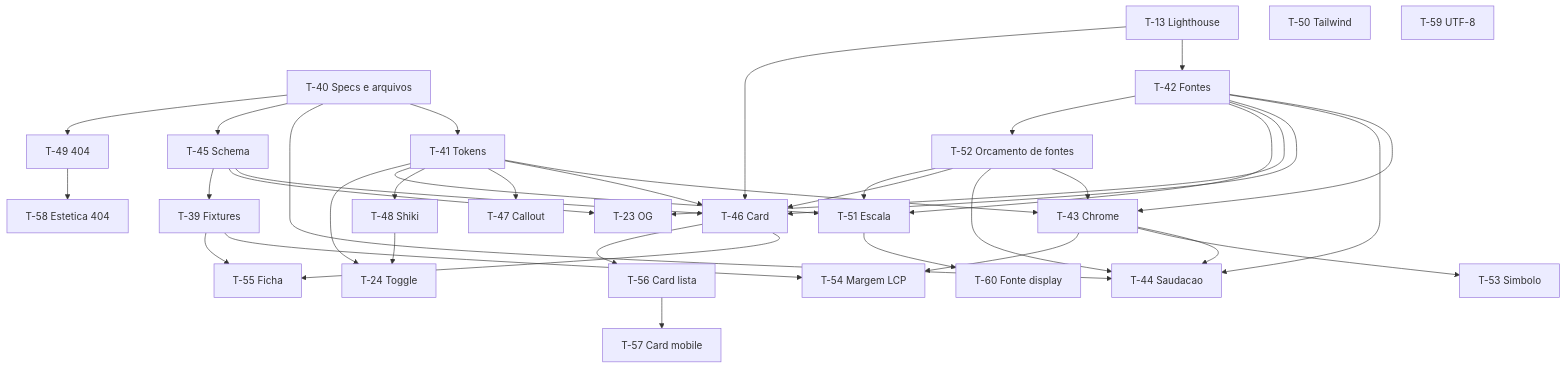
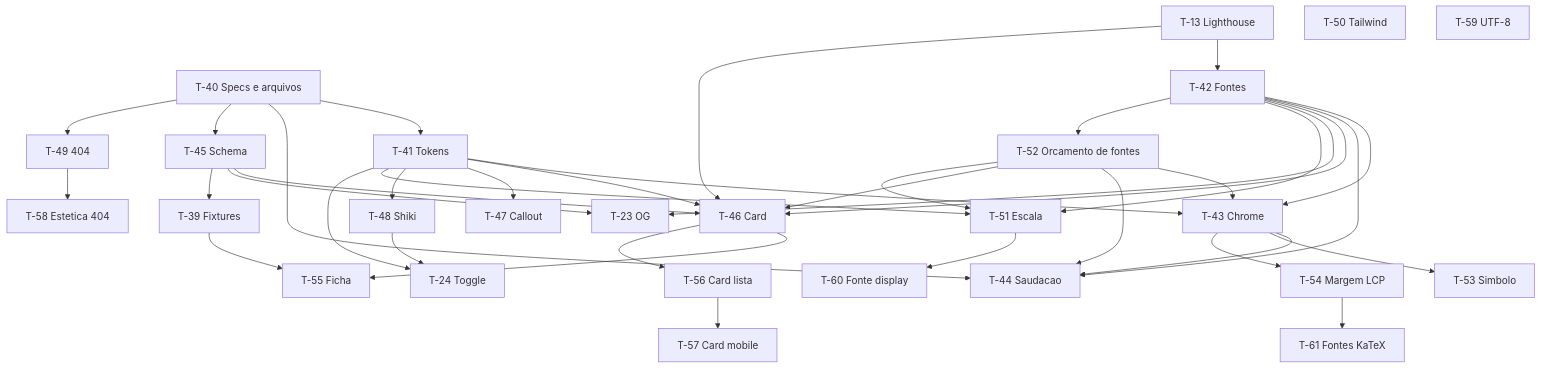
The second of 2 diagrams in specs/ROADMAP.md (Pedroknoll/blog_pedro-knoll), drawn with Mermaid before and after one commit. The commit also changed other lines of this file and 1 other file, not shown here.

````diff
--- a/specs/ROADMAP.md
+++ b/specs/ROADMAP.md
@@ -86,64 +86,65 @@
 ```mermaid
 flowchart TD
   T40[T-40 Specs e arquivos]
   T41[T-41 Tokens]
   T13[T-13 Lighthouse]
   T42[T-42 Fontes]
   T51[T-51 Escala]
   T52[T-52 Orcamento de fontes]
   T43[T-43 Chrome]
   T44[T-44 Saudacao]
   T45[T-45 Schema]
   T46[T-46 Card]
   T47[T-47 Callout]
   T48[T-48 Shiki]
   T49[T-49 404]
   T50[T-50 Tailwind]
   T23[T-23 OG]
   T24[T-24 Toggle]
   T39[T-39 Fixtures]
   T53[T-53 Simbolo]
   T54[T-54 Margem LCP]
   T55[T-55 Ficha]
   T56[T-56 Card lista]
   T57[T-57 Card mobile]
   T58[T-58 Estetica 404]
   T59[T-59 UTF-8]
   T60[T-60 Fonte display]
+  T61[T-61 Fontes KaTeX]
   T40 --> T41
   T40 --> T44
   T40 --> T45
   T40 --> T49
   T13 --> T42
   T41 --> T43
   T42 --> T43
   T43 --> T44
   T42 --> T44
   T13 --> T46
   T41 --> T46
   T42 --> T46
   T45 --> T46
   T41 --> T47
   T41 --> T48
   T45 --> T23
   T42 --> T23
   T42 --> T51
   T41 --> T51
   T42 --> T52
   T52 --> T43
   T52 --> T44
   T52 --> T46
   T52 --> T51
   T45 --> T39
   T41 --> T24
   T48 --> T24
   T43 --> T53
   T43 --> T54
-  T39 --> T54
   T39 --> T55
   T46 --> T55
   T46 --> T56
   T56 --> T57
   T49 --> T58
   T51 --> T60
+  T54 --> T61
 ```
````
